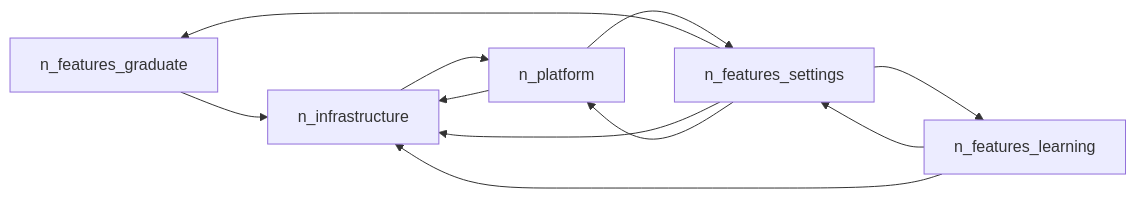
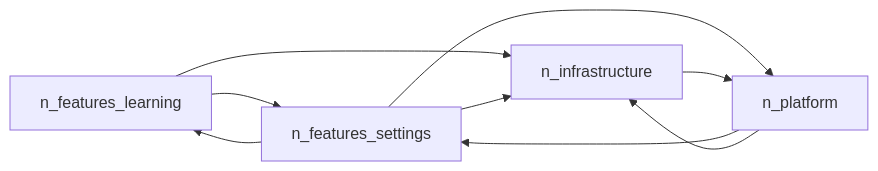
Before and after one commit to JUANWANG-BUAA/ginkgo: the third of 4 diagrams in docs/interfaces/DEPENDENCY-GRAPH.md, drawn with Mermaid. The commit also changed other lines of this file and 257 other files, not shown here.

````diff
--- a/docs/interfaces/DEPENDENCY-GRAPH.md
+++ b/docs/interfaces/DEPENDENCY-GRAPH.md
@@ -201,13 +229,11 @@
 ```mermaid
 flowchart LR
-  n_features_graduate --> n_infrastructure
   n_features_learning --> n_features_settings
   n_features_learning --> n_infrastructure
-  n_features_settings --> n_features_graduate
   n_features_settings --> n_features_learning
   n_features_settings --> n_infrastructure
   n_features_settings --> n_platform
   n_infrastructure --> n_platform
   n_platform --> n_features_settings
   n_platform --> n_infrastructure
 ```
````
